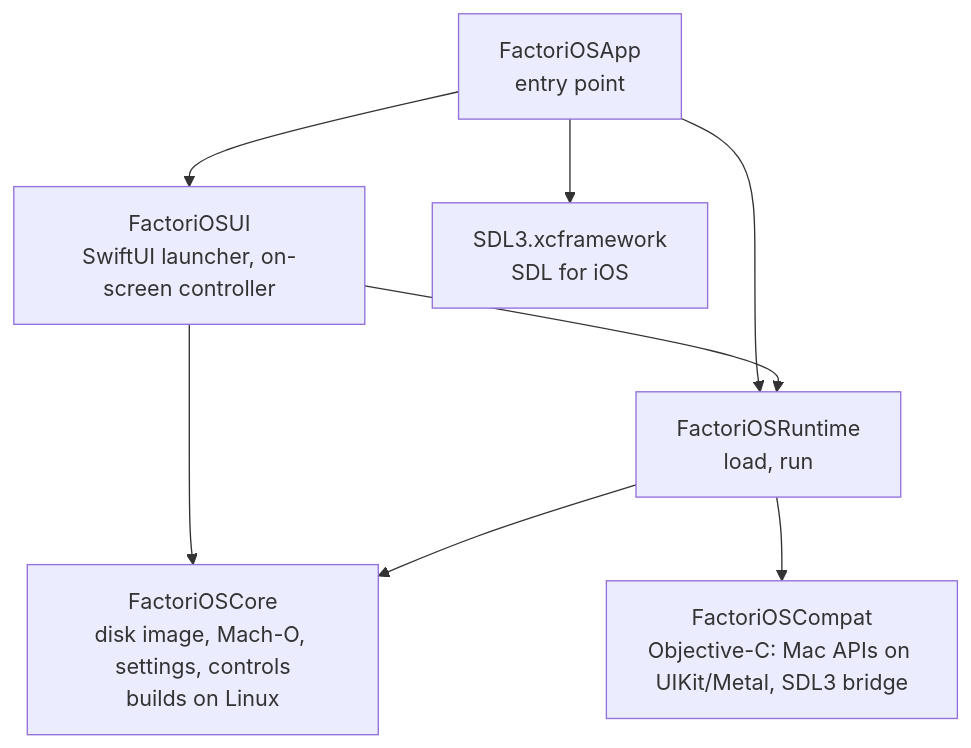
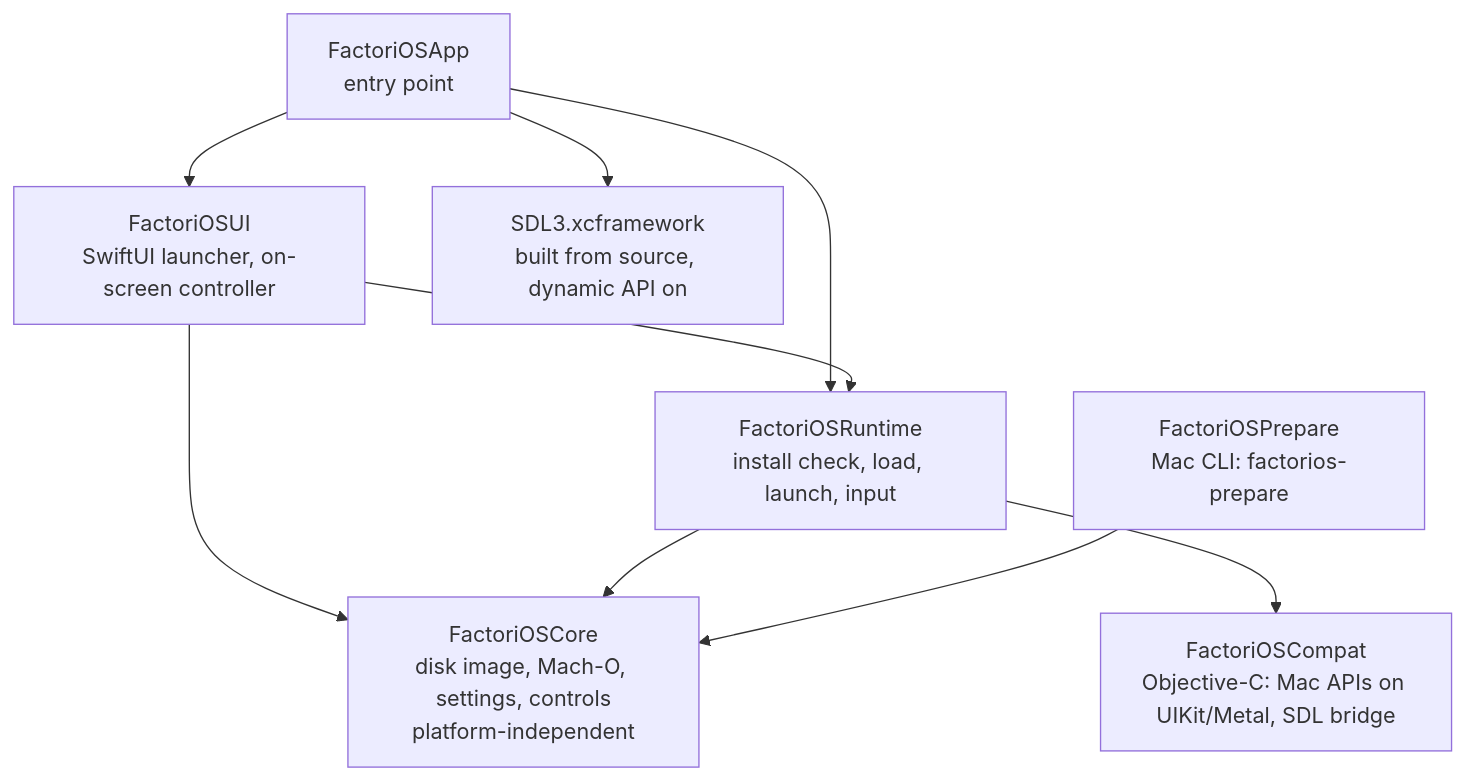
One commit to klesersurovyj-a11y/factorios changed the first of 3 diagrams in docs/architecture.md. Above: the diagram before and after it, drawn with Mermaid. The commit also changed other lines of this file and 25 other files, not shown here.

First line of the commit message:
Prepare the repository for open source

````diff
--- a/docs/architecture.md
+++ b/docs/architecture.md
@@ -6,10 +8,11 @@
 ```mermaid
 flowchart TB
     App[FactoriOSApp<br/>entry point] --> UI[FactoriOSUI<br/>SwiftUI launcher, on-screen controller]
     App --> Runtime
-    UI --> Runtime[FactoriOSRuntime<br/>load, run]
+    App --> SDL[SDL3.xcframework<br/>built from source, dynamic API on]
+    UI --> Runtime[FactoriOSRuntime<br/>install check, load, launch, input]
     UI --> Core
-    Runtime --> Core[FactoriOSCore<br/>disk image, Mach-O, settings, controls<br/>builds on Linux]
-    Runtime --> Compat[FactoriOSCompat<br/>Objective-C: Mac APIs on UIKit/Metal, SDL3 bridge]
-    App --> SDL[SDL3.xcframework<br/>SDL for iOS]
+    Runtime --> Core[FactoriOSCore<br/>disk image, Mach-O, settings, controls<br/>platform-independent]
+    Runtime --> Compat[FactoriOSCompat<br/>Objective-C: Mac APIs on UIKit/Metal, SDL bridge]
+    Prepare[FactoriOSPrepare<br/>Mac CLI: factorios-prepare] --> Core
 ```
````
